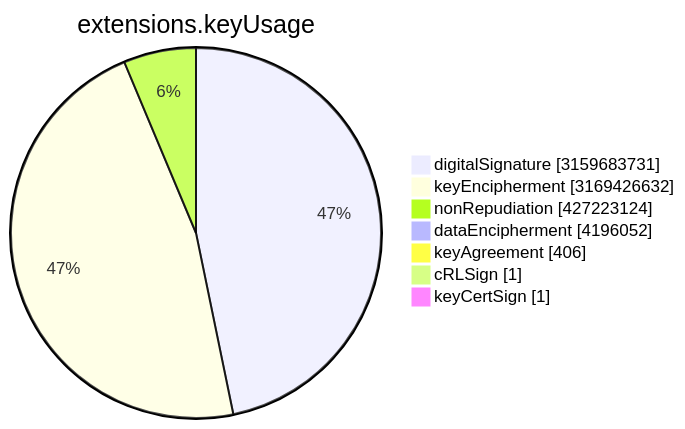
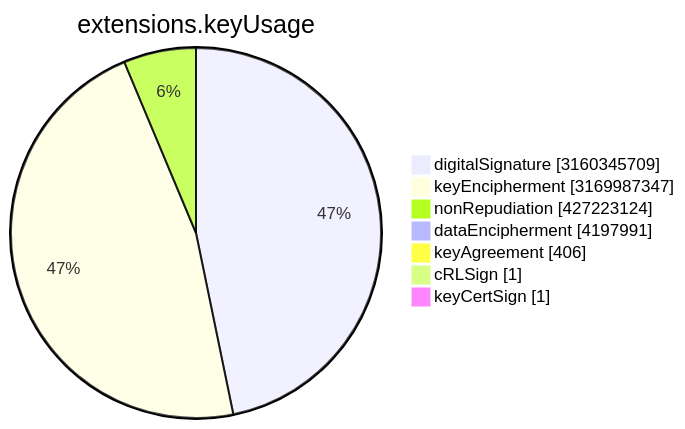
Before and after one commit to christiankrug/ctmonitor_visualization: the sixth of 15 diagrams in TOTAL/README.md, drawn with Mermaid. The commit also changed other lines of this file, not shown here.

````diff
--- a/TOTAL/README.md
+++ b/TOTAL/README.md
@@ -3077,11 +3077,11 @@
 ```mermaid
 pie showData
 title extensions.keyUsage
-"digitalSignature" :3159683731
-"keyEncipherment" :3169426632
+"digitalSignature" :3160345709
+"keyEncipherment" :3169987347
 "nonRepudiation" :427223124
-"dataEncipherment" :4196052
+"dataEncipherment" :4197991
 "keyAgreement" :406
 "cRLSign" :1
 "keyCertSign" :1
 ```
````
